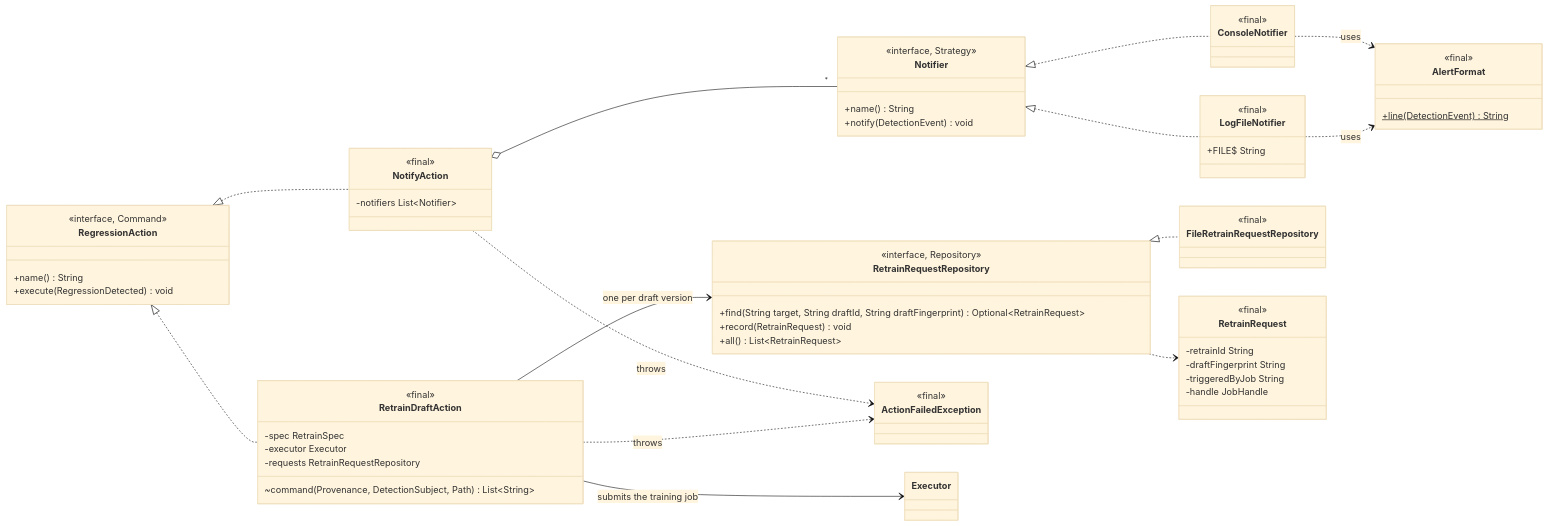
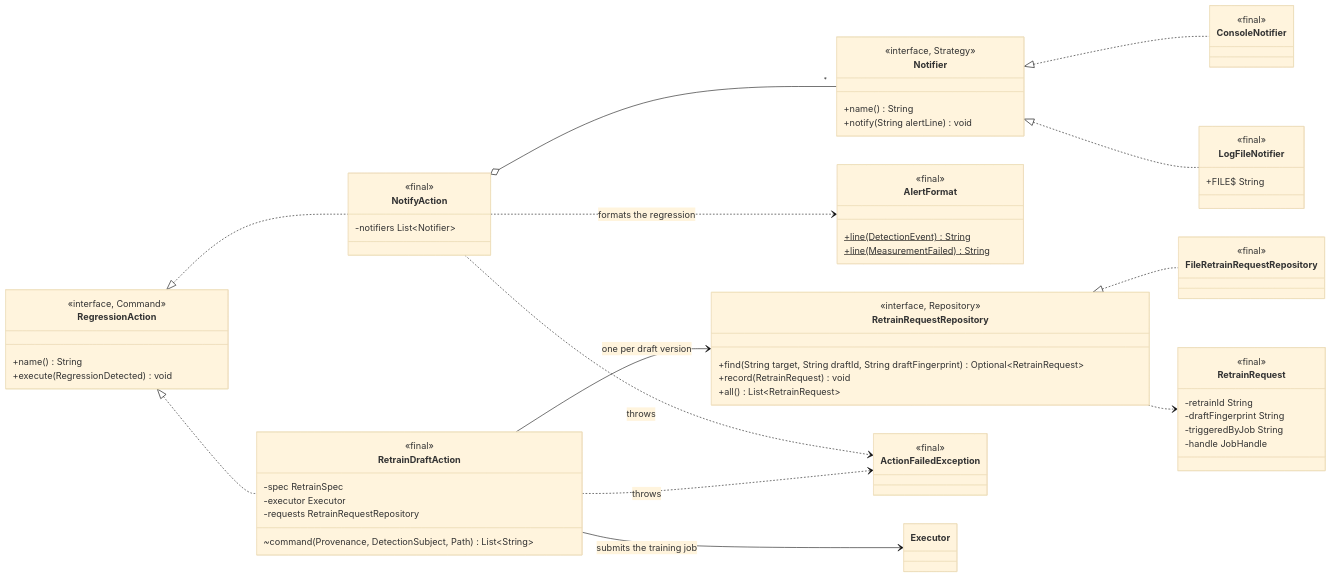
Before and after one commit to ritikmahy5/draftwatch: diagram 15 of 15 in docs/uml/class-diagram.md, drawn with Mermaid (base theme). The commit also changed other lines of this file and 15 other files, not shown here.

Commit message:
notify: alert measurements that fail for good, including refused submissions

````diff
--- a/docs/uml/class-diagram.md
+++ b/docs/uml/class-diagram.md
@@ -1433,64 +1438,64 @@
 ```mermaid
 classDiagram
   direction LR
 
   class Notifier {
     <<interface, Strategy>>
     +name() String
-    +notify(DetectionEvent) void
+    +notify(String alertLine) void
   }
   class ConsoleNotifier { <<final>> }
   class LogFileNotifier {
     <<final>>
     +FILE$ String
   }
   class AlertFormat {
     <<final>>
     +line(DetectionEvent)$ String
+    +line(MeasurementFailed)$ String
   }
   class RegressionAction {
     <<interface, Command>>
     +name() String
     +execute(RegressionDetected) void
   }
   class NotifyAction {
     <<final>>
     -notifiers List~Notifier~
   }
   class RetrainDraftAction {
     <<final>>
     -spec RetrainSpec
     -executor Executor
     -requests RetrainRequestRepository
     ~command(Provenance, DetectionSubject, Path) List~String~
   }
   class RetrainRequestRepository {
     <<interface, Repository>>
     +find(String target, String draftId, String draftFingerprint) Optional~RetrainRequest~
     +record(RetrainRequest) void
     +all() List~RetrainRequest~
   }
   class FileRetrainRequestRepository { <<final>> }
   class RetrainRequest {
     <<final>>
     -retrainId String
     -draftFingerprint String
     -triggeredByJob String
     -handle JobHandle
   }
   class ActionFailedException { <<final>> }
 
   Notifier <|.. ConsoleNotifier
   Notifier <|.. LogFileNotifier
-  ConsoleNotifier ..> AlertFormat : uses
-  LogFileNotifier ..> AlertFormat : uses
   RegressionAction <|.. NotifyAction
   NotifyAction o-- "*" Notifier
+  NotifyAction ..> AlertFormat : formats the regression
   NotifyAction ..> ActionFailedException : throws
   RegressionAction <|.. RetrainDraftAction
   RetrainDraftAction --> Executor : submits the training job
   RetrainDraftAction --> RetrainRequestRepository : one per draft version
   RetrainDraftAction ..> ActionFailedException : throws
   RetrainRequestRepository <|.. FileRetrainRequestRepository
   RetrainRequestRepository ..> RetrainRequest
 ```
````
